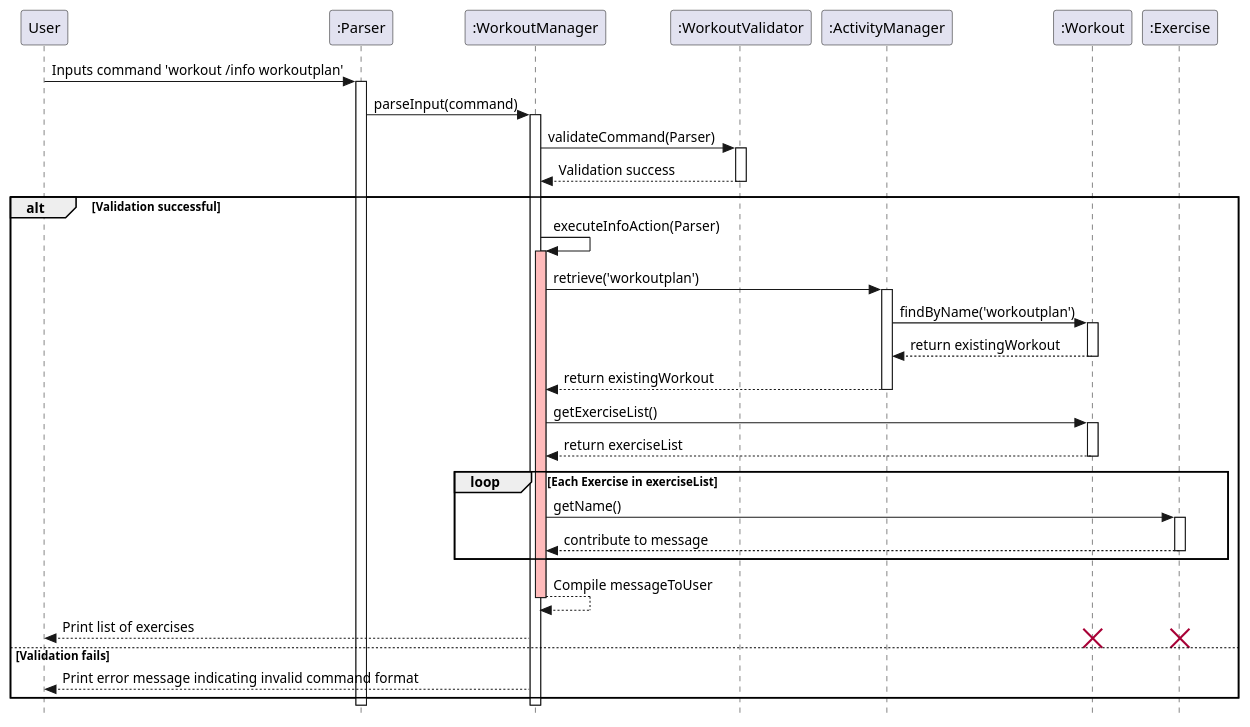
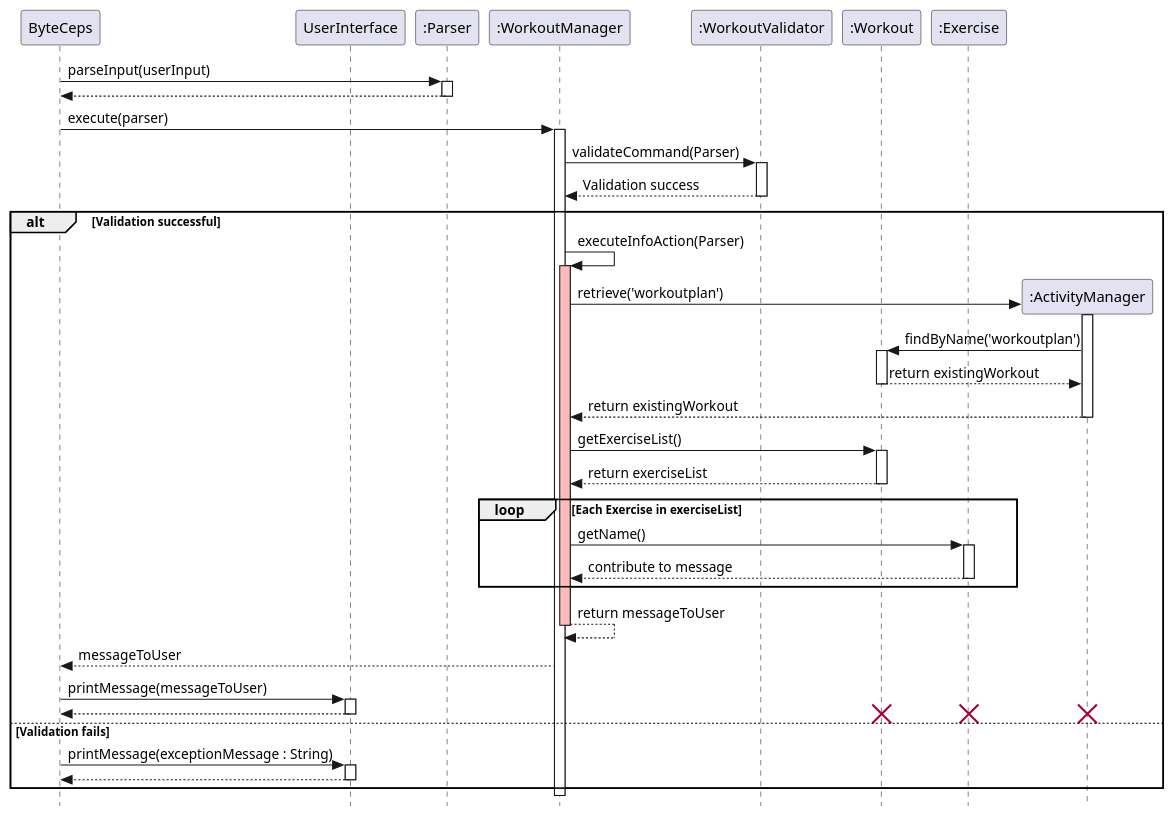
The diagram in docs/plantuml/listExerciseInWorkoutPlan.puml (joshualeejunyi/tp), drawn with PlantUML before and after one commit. The commit also changed 7 other files, not shown here.

Commit message:
Modify sequence diagrams

```diff
--- a/docs/plantuml/listExerciseInWorkoutPlan.puml
+++ b/docs/plantuml/listExerciseInWorkoutPlan.puml
@@ -1,64 +1,77 @@
 @startuml SequenceDiagram
 
 skinparam classAttributeIconSize 0
 skinparam style strictuml
-participant User
+
+participant ByteCeps as User
+participant UserInterface
 participant ":Parser" as Parser
 participant ":WorkoutManager" as WorkoutManager
 participant ":WorkoutValidator" as Validator
-participant ":ActivityManager" as ActivityManager
 participant ":Workout" as Workout
 participant ":Exercise" as Exercise
 
-User -> Parser : Inputs command 'workout /info workoutplan'
+User -> Parser : parseInput(userInput)
 activate Parser
-Parser -> WorkoutManager : parseInput(command)
+User <-- Parser
+deactivate Parser
+
+User -> WorkoutManager : execute(parser)
 activate WorkoutManager
 
 WorkoutManager -> Validator : validateCommand(Parser)
 activate Validator
 Validator --> WorkoutManager : Validation success
 deactivate Validator
 
 alt Validation successful
 
     WorkoutManager -> WorkoutManager : executeInfoAction(Parser)
     activate WorkoutManager #FFBBBB
 
+    create ":ActivityManager" as ActivityManager
     WorkoutManager -> ActivityManager : retrieve('workoutplan')
     activate ActivityManager
     ActivityManager -> Workout : findByName('workoutplan')
     activate Workout
     Workout --> ActivityManager : return existingWorkout
     deactivate Workout
     ActivityManager --> WorkoutManager : return existingWorkout
     deactivate ActivityManager
 
     WorkoutManager -> Workout : getExerciseList()
     activate Workout
     Workout --> WorkoutManager : return exerciseList
     deactivate Workout
 
     loop Each Exercise in exerciseList
         WorkoutManager -> Exercise : getName()
         activate Exercise
         Exercise --> WorkoutManager : contribute to message
         deactivate Exercise
     end
 
-    WorkoutManager --> WorkoutManager : Compile messageToUser
+    WorkoutManager --> WorkoutManager : return messageToUser
     deactivate WorkoutManager #FFBBBB
-    WorkoutManager --> User : Print list of exercises
+    WorkoutManager --> User : messageToUser
+
+    User -> UserInterface: printMessage(messageToUser)
+    activate UserInterface
+    UserInterface --> User
+    deactivate UserInterface
 
     destroy Workout
     destroy Exercise
+    destroy ActivityManager
 
 else Validation fails
-
-    WorkoutManager --> User : Print error message indicating invalid command format
+    User -> UserInterface: printMessage(exceptionMessage : String)
+    activate UserInterface
+    UserInterface --> User:
+    deactivate UserInterface
 end
 
 deactivate WorkoutManager
 deactivate Parser
 
 @enduml`
```
